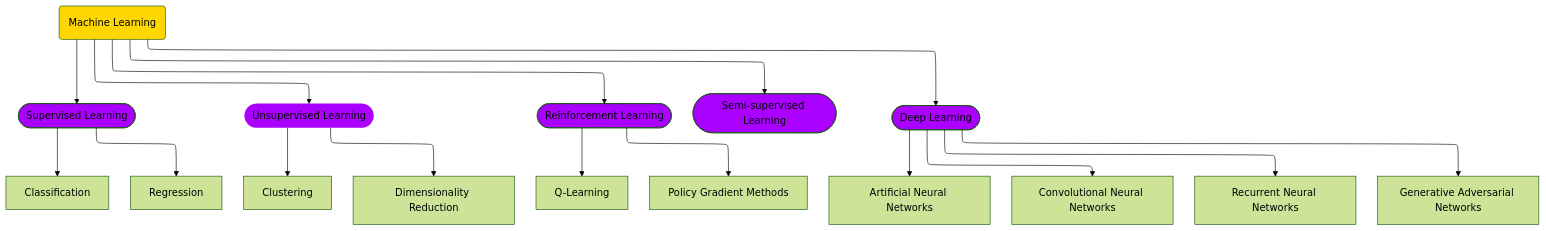
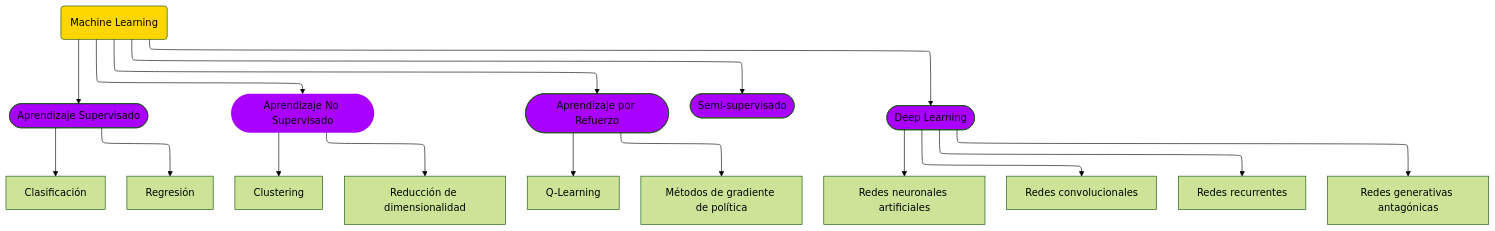
One commit to pepemxl/Machine-Learning-Notes changed the first of 2 diagrams in docs/01_SUPERVISED_LEARNING/introduccion.md. Above: the diagram before and after it, drawn with Mermaid. The commit also changed other lines of this file and 2 other files, not shown here.

````diff
--- a/docs/01_SUPERVISED_LEARNING/introduccion.md
+++ b/docs/01_SUPERVISED_LEARNING/introduccion.md
@@ -17,21 +16,21 @@
 ```mermaid
 ---
 config:
   theme: forest
   layout: elk
 ---
 flowchart TB
-    A["Machine Learning"] --> B(["Supervised Learning"]) & C(["Unsupervised Learning"]) & D(["Reinforcement Learning"]) & E(["Semi-supervised Learning"]) & F(["Deep Learning"])
-    B --> B1["Classification"] & B2["Regression"]
-    C --> C1["Clustering"] & C2["Dimensionality Reduction"]
-    D --> D1["Q-Learning"] & D2["Policy Gradient Methods"]
-    F --> F1["Artificial Neural Networks"] & F2["Convolutional Neural Networks"] & F3["Recurrent Neural Networks"] & F4["Generative Adversarial Networks"]
+    A["Machine Learning"] --> B(["Aprendizaje Supervisado"]) & C(["Aprendizaje No Supervisado"]) & D(["Aprendizaje por Refuerzo"]) & E(["Semi-supervisado"]) & F(["Deep Learning"])
+    B --> B1["Clasificación"] & B2["Regresión"]
+    C --> C1["Clustering"] & C2["Reducción de dimensionalidad"]
+    D --> D1["Q-Learning"] & D2["Métodos de gradiente de política"]
+    F --> F1["Redes neuronales artificiales"] & F2["Redes convolucionales"] & F3["Redes recurrentes"] & F4["Redes generativas antagónicas"]
     A@{ shape: rounded}
     style A fill:#FFD600
     style B fill:#AA00FF,color:#000000
     style C stroke:none,fill:#AA00FF
     style D fill:#AA00FF
     style E fill:#AA00FF
     style F fill:#AA00FF
 
 ```
````
